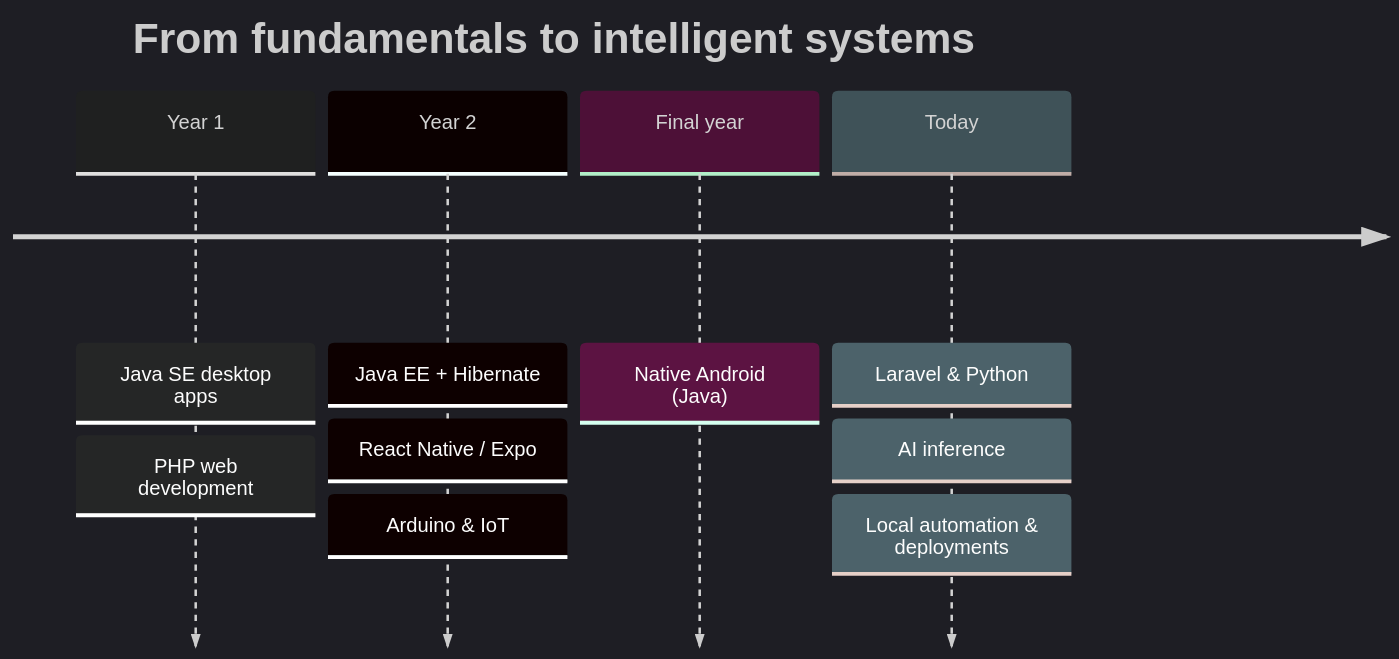
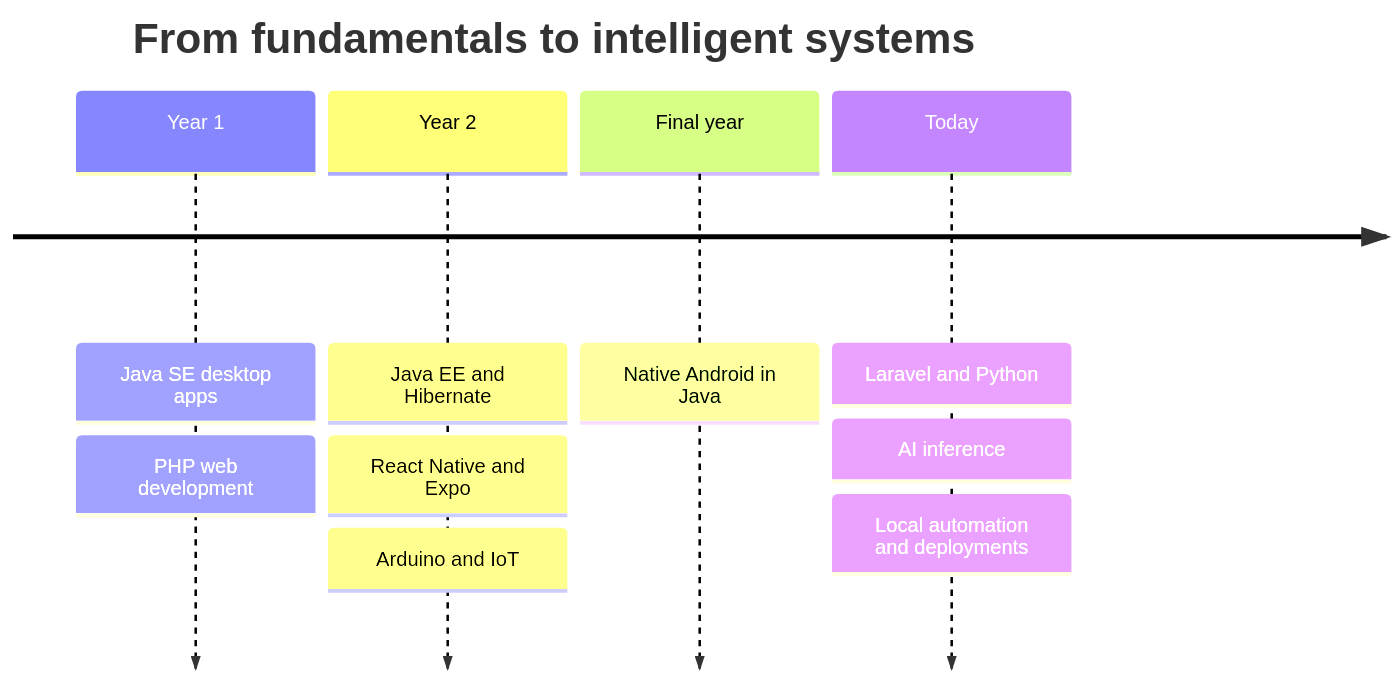
One commit to adreysanjunadel/adreysanjunadel changed the first of 2 diagrams in README.md. Above: the diagram before and after it, drawn with Mermaid. The commit also changed other lines of this file, not shown here.

````diff
--- a/README.md
+++ b/README.md
@@ -180,9 +181,8 @@
 ```mermaid
-%%{init: {'theme':'dark'}}%%
 timeline
     title From fundamentals to intelligent systems
     Year 1 : Java SE desktop apps : PHP web development
-    Year 2 : Java EE + Hibernate : React Native / Expo : Arduino & IoT
-    Final year : Native Android (Java)
-    Today : Laravel & Python : AI inference : Local automation & deployments
+    Year 2 : Java EE and Hibernate : React Native and Expo : Arduino and IoT
+    Final year : Native Android in Java
+    Today : Laravel and Python : AI inference : Local automation and deployments
 ```
````
